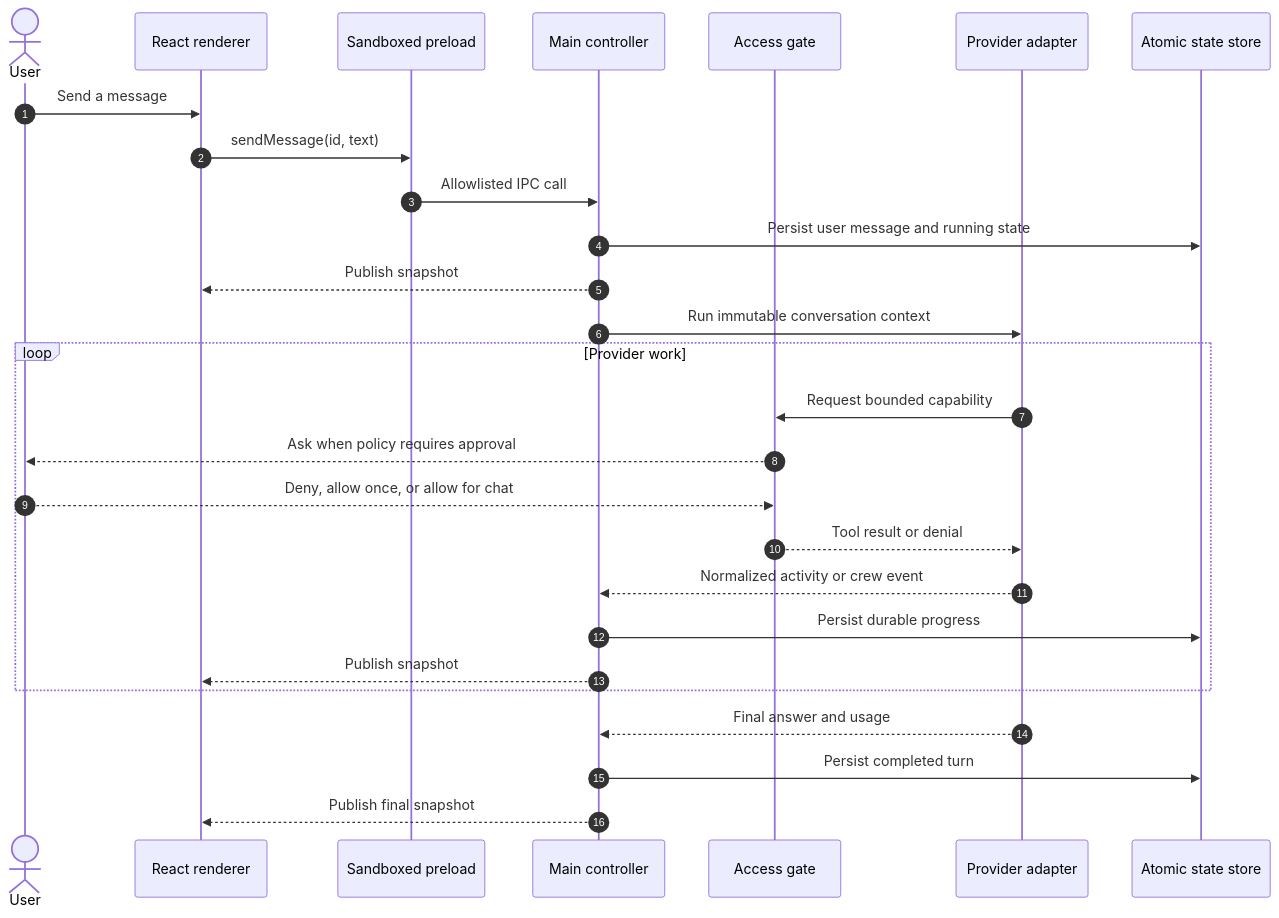
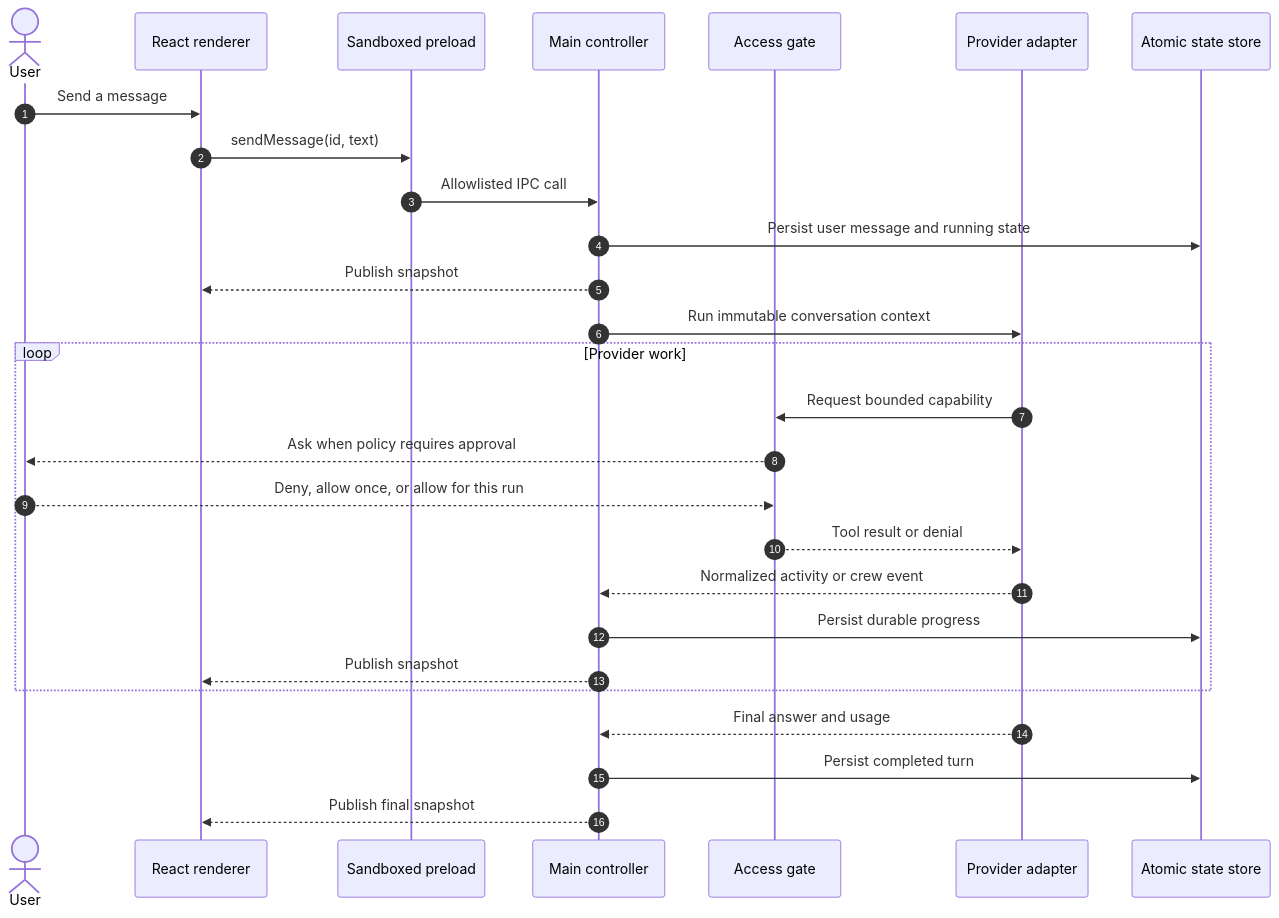
Before and after one commit to earlyaidopters/grokky: the second of 4 diagrams in README.md, drawn with Mermaid. The commit also changed other lines of this file and 26 other files, not shown here.

````diff
--- a/README.md
+++ b/README.md
@@ -139,32 +152,32 @@
 ```mermaid
 sequenceDiagram
   autonumber
   actor User
   participant R as React renderer
   participant P as Sandboxed preload
   participant M as Main controller
   participant A as Access gate
   participant X as Provider adapter
   participant S as Atomic state store
 
   User->>R: Send a message
   R->>P: sendMessage(id, text)
   P->>M: Allowlisted IPC call
   M->>S: Persist user message and running state
   M-->>R: Publish snapshot
   M->>X: Run immutable conversation context
 
   loop Provider work
     X->>A: Request bounded capability
     A-->>User: Ask when policy requires approval
-    User-->>A: Deny, allow once, or allow for chat
+    User-->>A: Deny, allow once, or allow for this run
     A-->>X: Tool result or denial
     X-->>M: Normalized activity or crew event
     M->>S: Persist durable progress
     M-->>R: Publish snapshot
   end
 
   X-->>M: Final answer and usage
   M->>S: Persist completed turn
   M-->>R: Publish final snapshot
 ```
````
